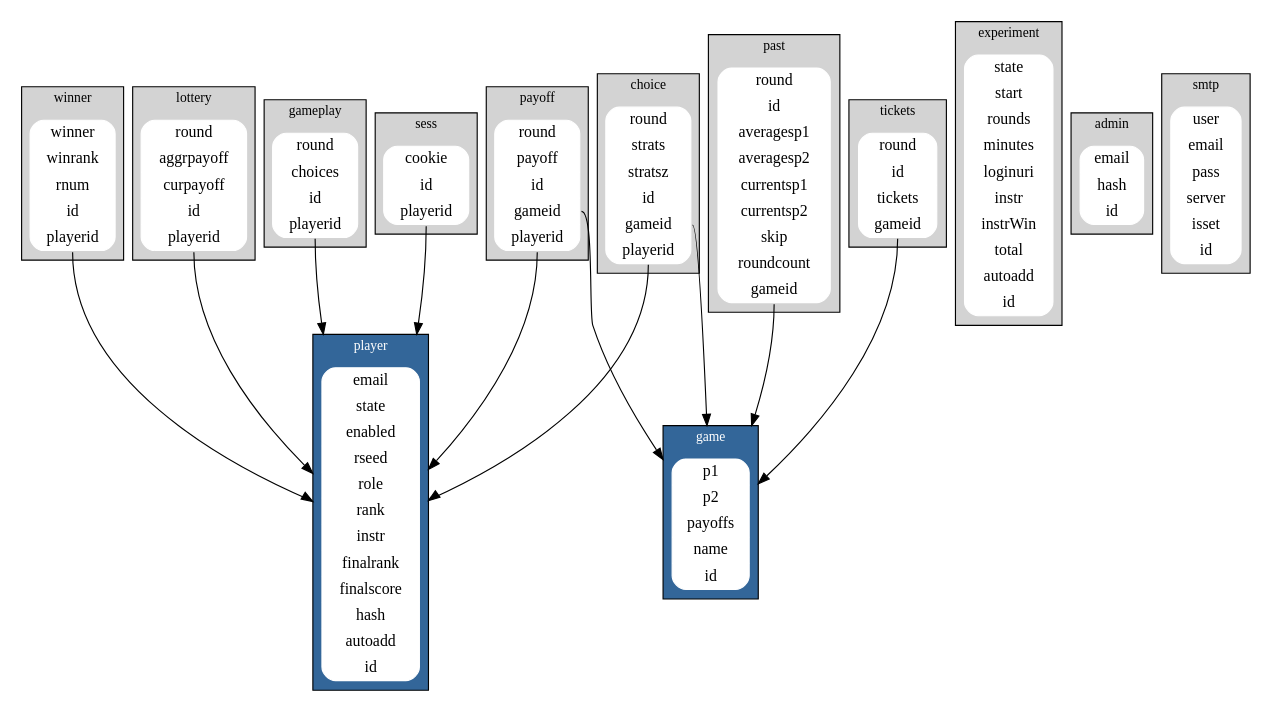
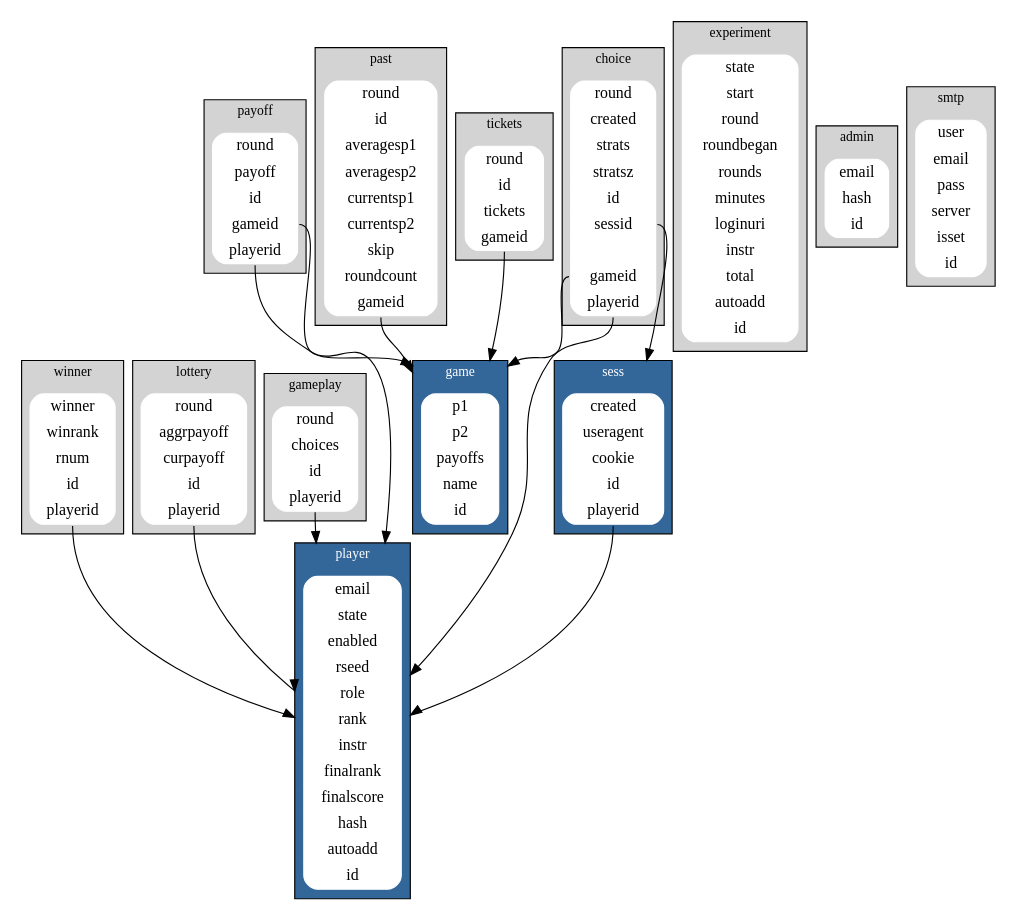
One commit to kristapsdz/gamelab changed the diagram in gamelab.dot. Above: the diagram before and after it, drawn with Graphviz. The commit also changed 3 other files, not shown here.

```diff
--- a/gamelab.dot
+++ b/gamelab.dot
@@ -1,84 +1,86 @@
 digraph {
 	fontsize="12";
 	compound=true;
 	node [shape="record"];
 
 	subgraph cluster_winner {
 		winner [style="filled,rounded"; color="white"; label="{winner | winrank | rnum | id | <f0> playerid}"];
 		label="winner";
 		bgcolor="lightgray";
 	}
 	subgraph cluster_player {
 		player [style="filled,rounded"; color="white"; label="{email | state | enabled | rseed | role | rank | instr | finalrank | finalscore | hash | autoadd | id}"];
 		label="player";
 		fontcolor=white;
 		bgcolor="#336699";
 	}
 	subgraph cluster_lottery {
 		lottery [style="filled,rounded"; color="white"; label="{round | aggrpayoff | curpayoff | id | <f0> playerid}"];
 		label="lottery";
 		bgcolor="lightgray";
 	}
 	subgraph cluster_gameplay {
 		gameplay [style="filled,rounded"; color="white"; label="{round | choices | id | <f0>playerid}"];
 		label="gameplay";
 		bgcolor="lightgray";
 	}
 	subgraph cluster_payoff {
 		payoff [style="filled,rounded"; color="white"; label="{round | payoff | id | <f1> gameid | <f0>playerid}"];
 		label="payoff";
 		bgcolor="lightgray";
 	}
 	subgraph cluster_choice {
-		choice [style="filled,rounded"; color="white"; label="{round | strats | stratsz | id | <f1> gameid | <f0> playerid}"];
+		choice [style="filled,rounded"; color="white"; label="{round | created | strats | stratsz | id | <f2> sessid | | <f1> gameid | <f0> playerid}"];
 		label="choice";
 		bgcolor="lightgray";
 	}
 	subgraph cluster_game {
 		game [style="filled,rounded"; color="white"; label="{p1 | p2 | payoffs | name | id}"];
 		label="game";
 		fontcolor=white;
 		bgcolor="#336699";
 	}
 	subgraph cluster_experiment {
-		experiment [style="filled,rounded"; color="white"; label="{state | start | rounds | minutes | loginuri | instr | instrWin | total | autoadd | id}"];
+		experiment [style="filled,rounded"; color="white"; label="{state | start | round | roundbegan | rounds | minutes | loginuri | instr | total | autoadd | id}"];
 		label="experiment";
 		bgcolor="lightgray";
 	}
 	subgraph cluster_sess {
-		sess [style="filled,rounded"; color="white"; label="{cookie | id | <f0> playerid}"];
+		sess [style="filled,rounded"; color="white"; label="{created | useragent | cookie | id | <f0> playerid}"];
 		label="sess";
-		bgcolor="lightgray";
+		fontcolor=white;
+		bgcolor="#336699";
 	}
 	subgraph cluster_admin {
 		admin [style="filled,rounded"; color="white"; label="{email | hash | id}"];
 		label="admin";
 		bgcolor="lightgray";
 	}
 	subgraph cluster_past {
 		past [style="filled,rounded"; color="white"; label="{round | id | averagesp1 | averagesp2 | currentsp1 | currentsp2 | skip | roundcount | <f1> gameid}"];
 		label="past";
 		bgcolor="lightgray";
 	}
 	subgraph cluster_tickets {
 		tickets [style="filled,rounded"; color="white"; label="{round | id | tickets | <f1> gameid}"];
 		label="tickets";
 		bgcolor="lightgray";
 	}
 	subgraph cluster_smtp {
 		smtp [style="filled,rounded"; color="white"; label="{user | email | pass | server | isset | id}"];
 		label="smtp";
 		bgcolor="lightgray";
 	}
 
 	winner:s:f0 -> player [lhead="cluster_player"];
 	lottery:s:f0 -> player [lhead="cluster_player"];
 	gameplay:s:f0 -> player [lhead="cluster_player"];
 	payoff:s:f0 -> player [lhead="cluster_player"];
 	payoff:f1 -> game [lhead="cluster_game"];
 	choice:s:f0 -> player [lhead="cluster_player"];
 	choice:f1 -> game [lhead="cluster_game"];
+	choice:f2 -> sess [lhead="cluster_sess"];
 	sess:s:f0 -> player [lhead="cluster_player"];
 	past:s:f1 -> game [lhead="cluster_game"];
 	tickets:s:f1 -> game [lhead="cluster_game"];
 }
```
